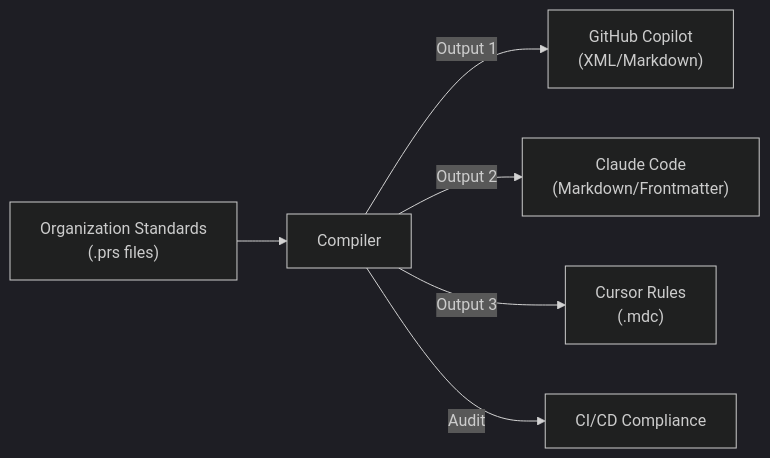
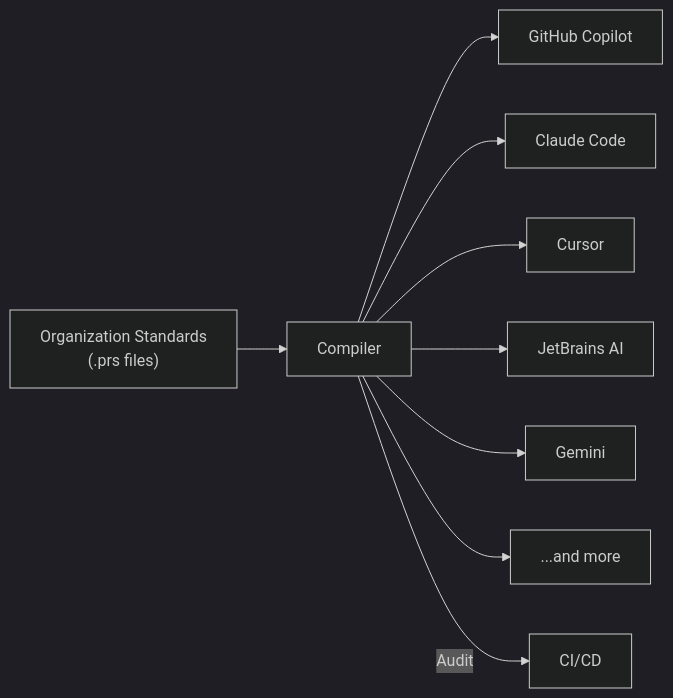
The diagram in README.md (mrwogu/promptscript), drawn with Mermaid (dark theme) before and after one commit.

Commit message:
docs: update PromptOps diagram with all supported targets

````diff
--- a/README.md
+++ b/README.md
@@ -40,8 +40,11 @@
 ```mermaid
 flowchart LR
     Central["Organization Standards<br/>(.prs files)"] --> Compiler
-    Compiler -->|Output 1| Copilot["GitHub Copilot<br/>(XML/Markdown)"]
-    Compiler -->|Output 2| Claude["Claude Code<br/>(Markdown/Frontmatter)"]
-    Compiler -->|Output 3| Cursor["Cursor Rules<br/>(.mdc)"]
-    Compiler -->|Audit| CI["CI/CD Compliance"]
+    Compiler --> Copilot["GitHub Copilot"]
+    Compiler --> Claude["Claude Code"]
+    Compiler --> Cursor["Cursor"]
+    Compiler --> JetBrains["JetBrains AI"]
+    Compiler --> Gemini["Gemini"]
+    Compiler --> Other["...and more"]
+    Compiler -->|Audit| CI["CI/CD"]
 ```
````
